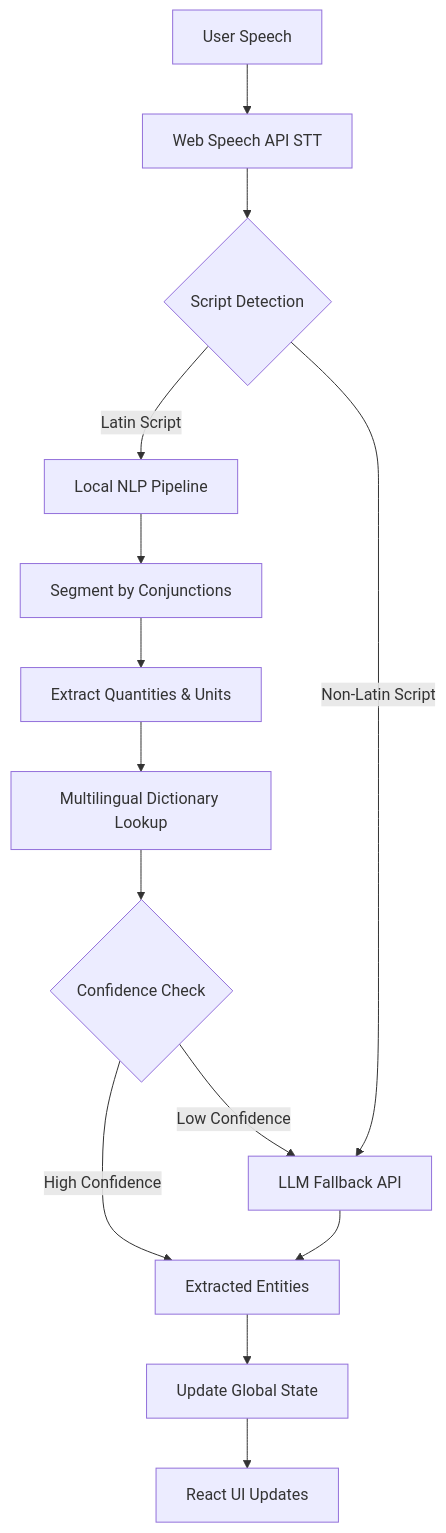
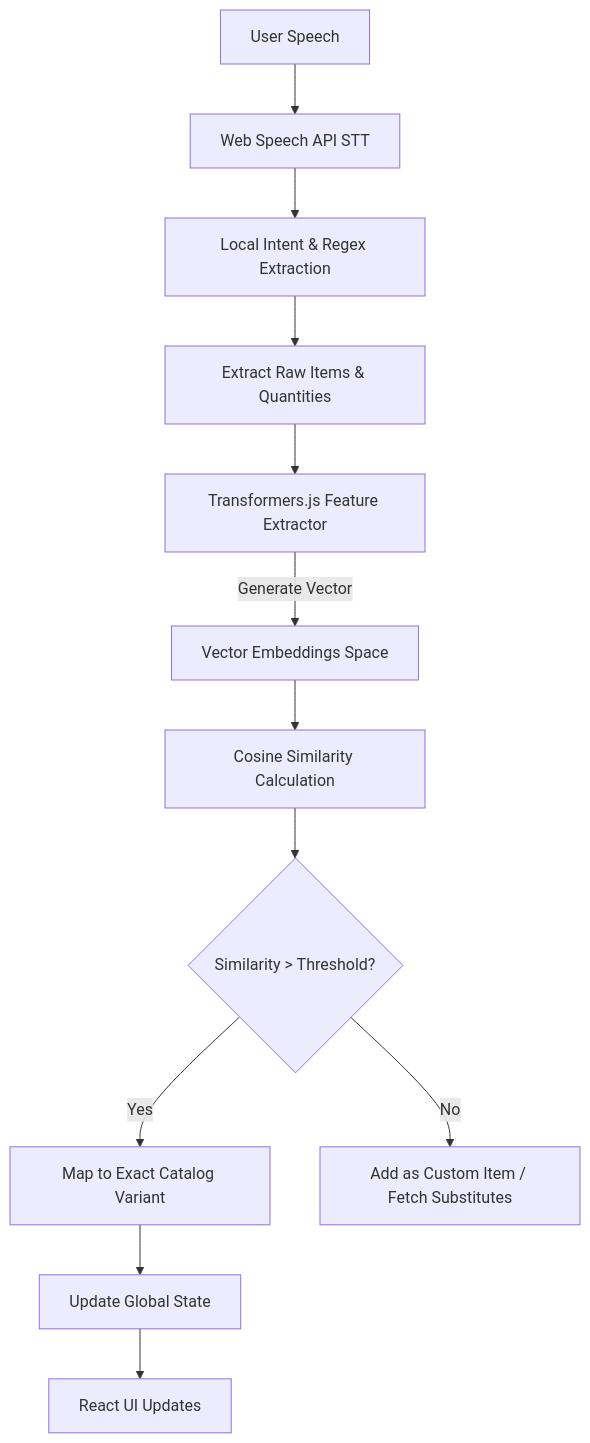
Before and after one commit to Harshitmishra001/voice-cart: the diagram in README.md, drawn with Mermaid. The commit also changed other lines of this file, not shown here.

Commit message:
docs: update README with focus on local NLP and Cosine Similarity

````diff
--- a/README.md
+++ b/README.md
@@ -22,21 +23,18 @@
 ```mermaid
 graph TD
     A[User Speech] --> B[Web Speech API STT]
-    B --> C{Script Detection}
+    B --> C[Local Intent & Regex Extraction]
     
-    C -->|Latin Script| D[Local NLP Pipeline]
-    C -->|Non-Latin Script| E[LLM Fallback API]
+    C --> D[Extract Raw Items & Quantities]
+    D --> E[Transformers.js Feature Extractor]
+    E -->|Generate Vector| F[Vector Embeddings Space]
     
-    D --> F[Segment by Conjunctions]
-    F --> G[Extract Quantities & Units]
-    G --> H[Multilingual Dictionary Lookup]
+    F --> G[Cosine Similarity Calculation]
+    G --> H{Similarity > Threshold?}
     
-    H --> I{Confidence Check}
-    I -->|High Confidence| J[Extracted Entities]
-    I -->|Low Confidence| E
+    H -->|Yes| I[Map to Exact Catalog Variant]
+    H -->|No| J[Add as Custom Item / Fetch Substitutes]
     
-    E --> J
-    
-    J --> K[Update Global State]
+    I --> K[Update Global State]
     K --> L[React UI Updates]
 ```
````
